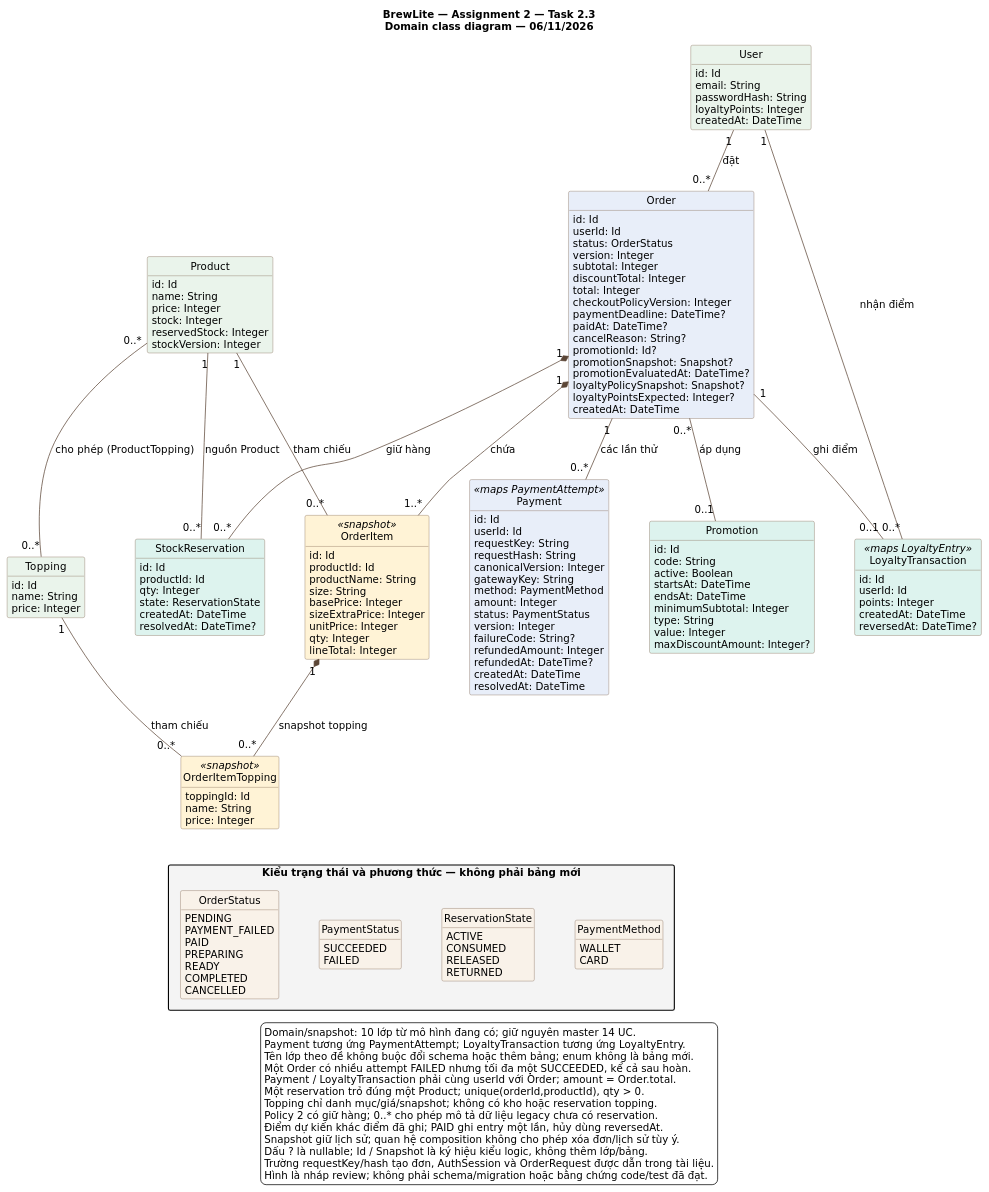
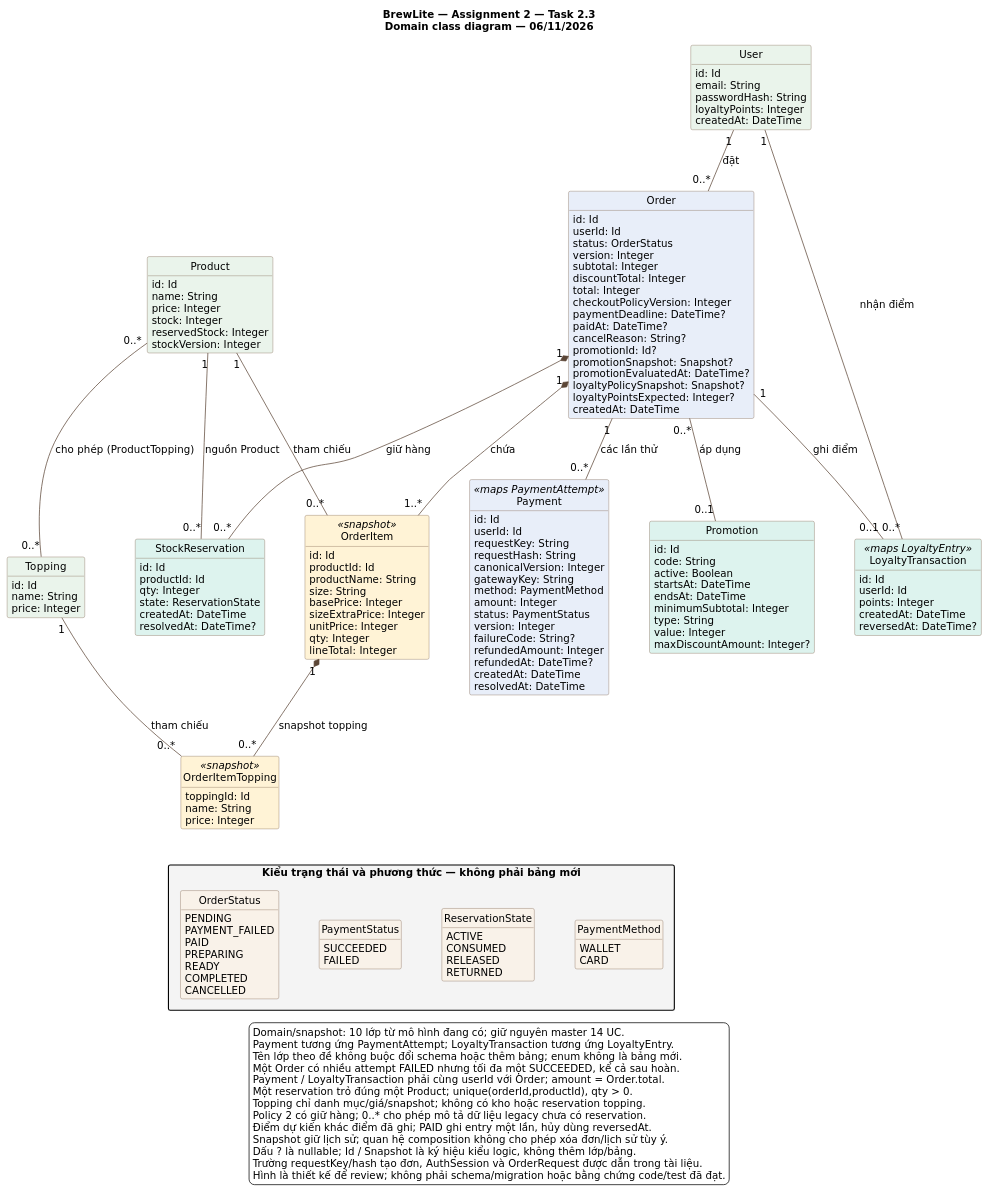
One commit to giabaot400-boop/BrewLite changed the diagram in docs/diagrams/class-domain.puml. Above: the diagram before and after it, drawn with PlantUML. The commit also changed 18 other files, not shown here.

```diff
--- a/docs/diagrams/class-domain.puml
+++ b/docs/diagrams/class-domain.puml
@@ -1,183 +1,183 @@
 @startuml class-domain
 title BrewLite — Assignment 2 — Task 2.3\nDomain class diagram — 06/11/2026
 top to bottom direction
 skinparam defaultFontName DejaVu Sans
 skinparam defaultFontSize 14
 skinparam shadowing false
 skinparam backgroundColor #FFFFFF
 skinparam ArrowColor #5B4636
 skinparam classBorderColor #80644F
 skinparam classBackgroundColor #F9F2E9
 skinparam packageStyle rectangle
 skinparam nodesep 55
 skinparam ranksep 65
 hide circle
 hide methods
 
 class User #EAF4EB {
   id: Id
   email: String
   passwordHash: String
   loyaltyPoints: Integer
   createdAt: DateTime
 }
 
 class Order #E8EEF9 {
   id: Id
   userId: Id
   status: OrderStatus
   version: Integer
   subtotal: Integer
   discountTotal: Integer
   total: Integer
   checkoutPolicyVersion: Integer
   paymentDeadline: DateTime?
   paidAt: DateTime?
   cancelReason: String?
   promotionId: Id?
   promotionSnapshot: Snapshot?
   promotionEvaluatedAt: DateTime?
   loyaltyPolicySnapshot: Snapshot?
   loyaltyPointsExpected: Integer?
   createdAt: DateTime
 }
 
 class OrderItem <<snapshot>> #FFF3D6 {
   id: Id
   productId: Id
   productName: String
   size: String
   basePrice: Integer
   sizeExtraPrice: Integer
   unitPrice: Integer
   qty: Integer
   lineTotal: Integer
 }
 
 class OrderItemTopping <<snapshot>> #FFF3D6 {
   toppingId: Id
   name: String
   price: Integer
 }
 
 class Product #EAF4EB {
   id: Id
   name: String
   price: Integer
   stock: Integer
   reservedStock: Integer
   stockVersion: Integer
 }
 
 class Topping #EAF4EB {
   id: Id
   name: String
   price: Integer
 }
 
 class Payment <<maps PaymentAttempt>> #E8EEF9 {
   id: Id
   userId: Id
   requestKey: String
   requestHash: String
   canonicalVersion: Integer
   gatewayKey: String
   method: PaymentMethod
   amount: Integer
   status: PaymentStatus
   version: Integer
   failureCode: String?
   refundedAmount: Integer
   refundedAt: DateTime?
   createdAt: DateTime
   resolvedAt: DateTime
 }
 
 class Promotion #DDF3EE {
   id: Id
   code: String
   active: Boolean
   startsAt: DateTime
   endsAt: DateTime
   minimumSubtotal: Integer
   type: String
   value: Integer
   maxDiscountAmount: Integer?
 }
 
 class LoyaltyTransaction <<maps LoyaltyEntry>> #DDF3EE {
   id: Id
   userId: Id
   points: Integer
   createdAt: DateTime
   reversedAt: DateTime?
 }
 
 class StockReservation #DDF3EE {
   id: Id
   productId: Id
   qty: Integer
   state: ReservationState
   createdAt: DateTime
   resolvedAt: DateTime?
 }
 
 User "1" -down- "0..*" Order : đặt
 Order "1" *-down- "1..*" OrderItem : chứa
 OrderItem "1" *-down- "0..*" OrderItemTopping : snapshot topping
 Product "1" -- "0..*" OrderItem : tham chiếu
 Topping "1" -- "0..*" OrderItemTopping : tham chiếu
 Product "0..*" -- "0..*" Topping : cho phép (ProductTopping)
 Order "1" -- "0..*" Payment : các lần thử
 Order "0..*" -- "0..1" Promotion : áp dụng
 Order "1" -- "0..1" LoyaltyTransaction : ghi điểm
 User "1" -- "0..*" LoyaltyTransaction : nhận điểm
 Order "1" *-- "0..*" StockReservation : giữ hàng
 Product "1" -- "0..*" StockReservation : nguồn Product
 
 package "Kiểu trạng thái và phương thức — không phải bảng mới" #F4F4F4 {
   enum OrderStatus {
     PENDING
     PAYMENT_FAILED
     PAID
     PREPARING
     READY
     COMPLETED
     CANCELLED
   }
   enum PaymentStatus {
     SUCCEEDED
     FAILED
   }
   enum ReservationState {
     ACTIVE
     CONSUMED
     RELEASED
     RETURNED
   }
   enum PaymentMethod {
     WALLET
     CARD
   }
   OrderStatus -[hidden]right-> PaymentStatus
   PaymentStatus -[hidden]right-> ReservationState
   ReservationState -[hidden]right-> PaymentMethod
 }
 OrderItemTopping -[hidden]down-> OrderStatus
 
 legend bottom
   Domain/snapshot: 10 lớp từ mô hình đang có; giữ nguyên master 14 UC.
   Payment tương ứng PaymentAttempt; LoyaltyTransaction tương ứng LoyaltyEntry.
   Tên lớp theo đề không buộc đổi schema hoặc thêm bảng; enum không là bảng mới.
   Một Order có nhiều attempt FAILED nhưng tối đa một SUCCEEDED, kể cả sau hoàn.
   Payment / LoyaltyTransaction phải cùng userId với Order; amount = Order.total.
   Một reservation trỏ đúng một Product; unique(orderId,productId), qty > 0.
   Topping chỉ danh mục/giá/snapshot; không có kho hoặc reservation topping.
   Policy 2 có giữ hàng; 0..* cho phép mô tả dữ liệu legacy chưa có reservation.
   Điểm dự kiến khác điểm đã ghi; PAID ghi entry một lần, hủy dùng reversedAt.
   Snapshot giữ lịch sử; quan hệ composition không cho phép xóa đơn/lịch sử tùy ý.
   Dấu ? là nullable; Id / Snapshot là ký hiệu kiểu logic, không thêm lớp/bảng.
   Trường requestKey/hash tạo đơn, AuthSession và OrderRequest được dẫn trong tài liệu.
-  Hình là nháp review; không phải schema/migration hoặc bằng chứng code/test đã đạt.
+  Hình là thiết kế để review; không phải schema/migration hoặc bằng chứng code/test đã đạt.
 endlegend
 @enduml
```
